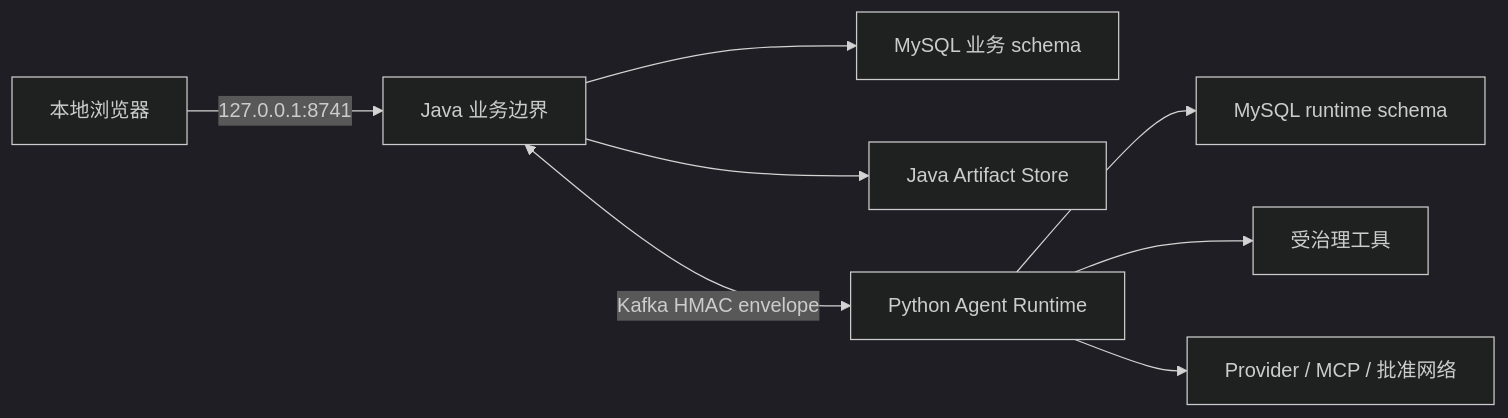
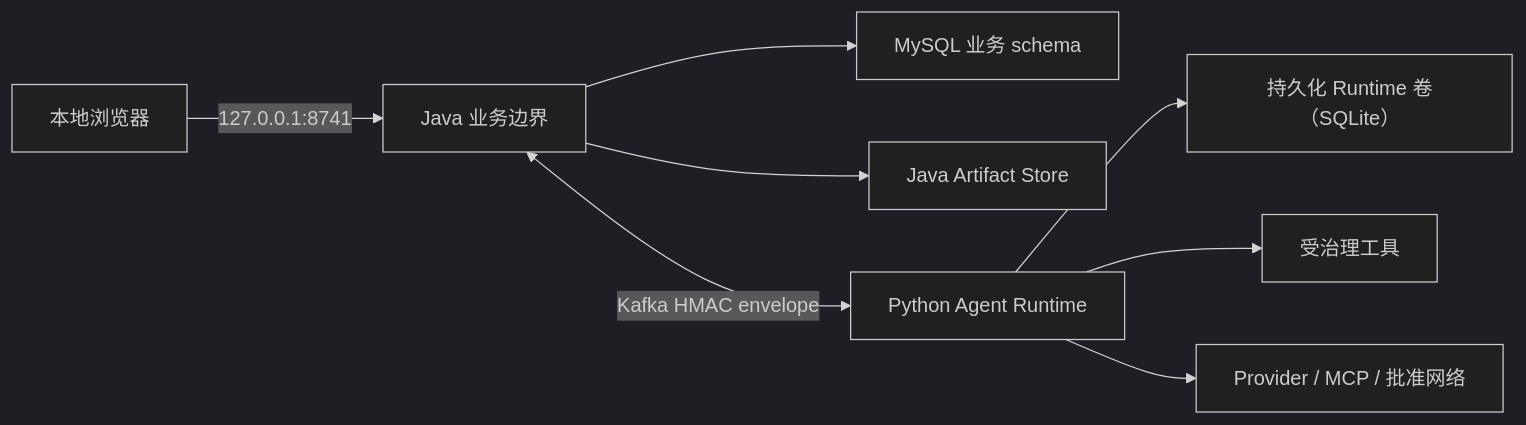
One commit to zxl666ab-sketch/agentharness changed the diagram in docs/threat-model.md. Above: the diagram before and after it, drawn with Mermaid (dark theme). The commit also changed other lines of this file and 37 other files, not shown here.

````diff
--- a/docs/threat-model.md
+++ b/docs/threat-model.md
@@ -17,10 +17,10 @@
 ```mermaid
 flowchart LR
     Browser["本地浏览器"] -->|"127.0.0.1:8741"| Java["Java 业务边界"]
     Java --> PG["MySQL 业务 schema"]
     Java --> JArt["Java Artifact Store"]
     Java <-->|"Kafka HMAC envelope"| Agent["Python Agent Runtime"]
-    Agent --> RDB["MySQL runtime schema"]
+    Agent --> RDB["持久化 Runtime 卷（SQLite）"]
     Agent --> Tools["受治理工具"]
     Agent --> External["Provider / MCP / 批准网络"]
 ```
````
